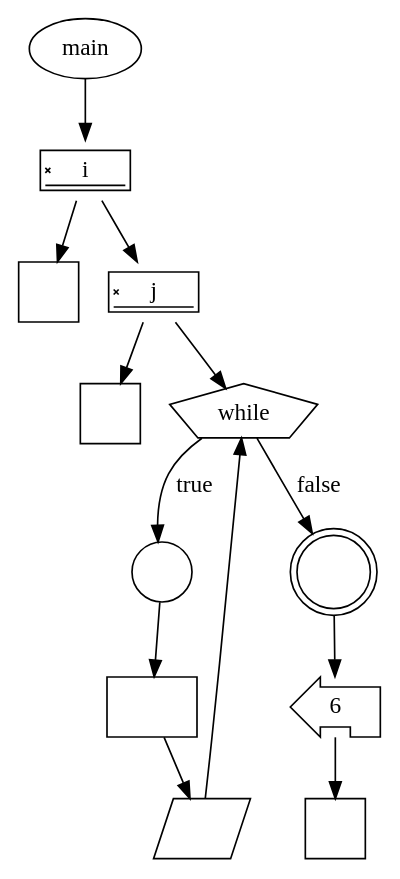
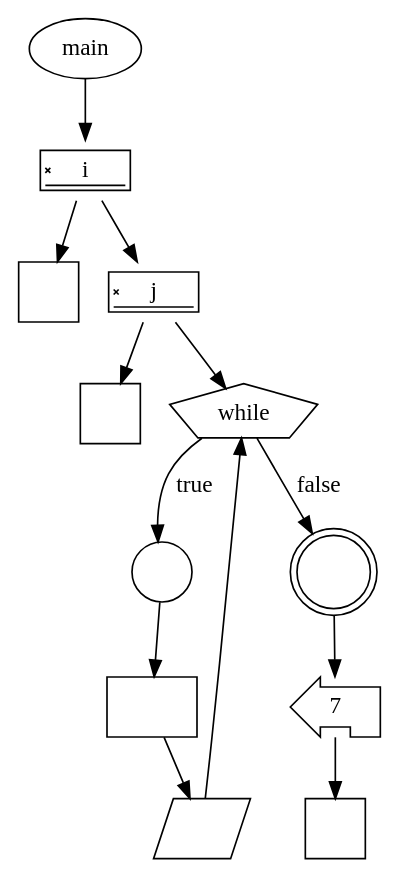
Before and after one commit to gakkungithub/rpg-aquatan-C: the diagram in data/whilestatement/whilestatement.dot, drawn with Graphviz. The commit also changed 37 other files, not shown here.

```diff
--- a/data/whilestatement/whilestatement.dot
+++ b/data/whilestatement/whilestatement.dot
@@ -1,80 +1,80 @@
 digraph {
 	graph [bb="0,0,213,497.5"];
 	node [label="\N"];
-	"b406628e-010c-490f-b378-746924802408"	[height=0.5,
+	"c4385c2e-0f57-49e7-8631-320467fc6848"	[height=0.5,
 		label=main,
 		pos="30,479.5",
 		shape=ellipse,
 		width=0.82932];
-	"54d9c362-839f-452f-9ce7-7a7731bcfcf9"	[height=0.5,
+	"34ea0ffe-2ab3-48a8-9123-25a42678329c"	[height=0.5,
 		label=i,
 		pos="30,406.5",
 		shape=signature,
 		width=0.75];
-	"b406628e-010c-490f-b378-746924802408" -> "54d9c362-839f-452f-9ce7-7a7731bcfcf9"	[pos="e,30,424.53 30,461.31 30,453.73 30,444.6 30,436.04"];
-	"a3cf2dc8-4b1f-41ad-9f9e-929b4c2292e7"	[height=0.5,
+	"c4385c2e-0f57-49e7-8631-320467fc6848" -> "34ea0ffe-2ab3-48a8-9123-25a42678329c"	[pos="e,30,424.53 30,461.31 30,453.73 30,444.6 30,436.04"];
+	"670c1cbc-0407-4736-930c-77f79d65daf2"	[height=0.5,
 		label="",
 		pos="18,333.5",
 		shape=square,
 		width=0.5];
-	"54d9c362-839f-452f-9ce7-7a7731bcfcf9" -> "a3cf2dc8-4b1f-41ad-9f9e-929b4c2292e7"	[pos="e,20.878,351.53 27.095,388.31 25.798,380.64 24.235,371.39 22.774,362.74"];
-	"ae6c86c1-93ef-4c92-9f00-0a0bee4c2ef6"	[height=0.5,
+	"34ea0ffe-2ab3-48a8-9123-25a42678329c" -> "670c1cbc-0407-4736-930c-77f79d65daf2"	[pos="e,20.878,351.53 27.095,388.31 25.798,380.64 24.235,371.39 22.774,362.74"];
+	"81e28ec5-7e16-4197-9ae4-318536037146"	[height=0.5,
 		label=j,
 		pos="81,333.5",
 		shape=signature,
 		width=0.75];
-	"54d9c362-839f-452f-9ce7-7a7731bcfcf9" -> "ae6c86c1-93ef-4c92-9f00-0a0bee4c2ef6"	[pos="e,68.768,351.53 42.346,388.31 48.297,380.03 55.564,369.91 62.185,360.69"];
-	"a520e626-8b51-42c8-b51a-a36ec61c23ae"	[height=0.5,
+	"34ea0ffe-2ab3-48a8-9123-25a42678329c" -> "81e28ec5-7e16-4197-9ae4-318536037146"	[pos="e,68.768,351.53 42.346,388.31 48.297,380.03 55.564,369.91 62.185,360.69"];
+	"04a93951-88ae-4d0a-96ce-7334e1b77fff"	[height=0.5,
 		label="",
 		pos="56,260.5",
 		shape=square,
 		width=0.5];
-	"ae6c86c1-93ef-4c92-9f00-0a0bee4c2ef6" -> "a520e626-8b51-42c8-b51a-a36ec61c23ae"	[pos="e,61.996,278.53 74.948,315.31 72.184,307.46 68.842,297.97 65.738,289.16"];
-	"7492dc09-13be-47ca-858a-d84e73b8de28"	[height=0.5,
+	"81e28ec5-7e16-4197-9ae4-318536037146" -> "04a93951-88ae-4d0a-96ce-7334e1b77fff"	[pos="e,61.996,278.53 74.948,315.31 72.184,307.46 68.842,297.97 65.738,289.16"];
+	"3980d9ba-6fd8-4f9b-98a3-6dc017ca222b"	[height=0.5,
 		label=while,
 		pos="131,260.5",
 		shape=pentagon,
 		width=1.0778];
-	"ae6c86c1-93ef-4c92-9f00-0a0bee4c2ef6" -> "7492dc09-13be-47ca-858a-d84e73b8de28"	[pos="e,121.02,275.67 93.104,315.31 99.52,306.2 107.5,294.87 114.47,284.97"];
-	"c47f9f2b-a629-471b-8796-ca155cad6fd5"	[height=0.5,
+	"81e28ec5-7e16-4197-9ae4-318536037146" -> "3980d9ba-6fd8-4f9b-98a3-6dc017ca222b"	[pos="e,121.02,275.67 93.104,315.31 99.52,306.2 107.5,294.87 114.47,284.97"];
+	"ffef514a-6310-447f-8abb-dcc65f834bdb"	[height=0.5,
 		label="",
 		pos="83,168",
 		shape=circle,
 		width=0.5];
-	"7492dc09-13be-47ca-858a-d84e73b8de28" -> "c47f9f2b-a629-471b-8796-ca155cad6fd5"	[label=true,
+	"3980d9ba-6fd8-4f9b-98a3-6dc017ca222b" -> "ffef514a-6310-447f-8abb-dcc65f834bdb"	[label=true,
 		lp="106.5,216.25",
 		pos="e,84.578,186.4 113.59,245.73 107.19,239.83 100.43,232.46 96,224.5 91.45,216.32 88.488,206.61 86.561,197.62"];
-	"ff5c59e1-1ae1-4d3f-9780-e6bceec1241b"	[height=0.61111,
+	"b87ccae5-fe71-49a8-98af-a33f43b2f952"	[height=0.61111,
 		label="",
 		pos="183,168",
 		shape=doublecircle,
 		width=0.61111];
-	"7492dc09-13be-47ca-858a-d84e73b8de28" -> "ff5c59e1-1ae1-4d3f-9780-e6bceec1241b"	[label=false,
+	"3980d9ba-6fd8-4f9b-98a3-6dc017ca222b" -> "b87ccae5-fe71-49a8-98af-a33f43b2f952"	[label=false,
 		lp="172.86,216.25",
 		pos="e,172.32,187.59 138.9,245.75 146.29,232.9 157.54,213.3 166.84,197.13"];
-	"1201543e-d3e3-4651-85ec-077909b07fca"	[height=0.5,
+	"decb717d-1b56-4079-b886-31cc2eefea1c"	[height=0.5,
 		label="",
 		pos="76,91",
 		shape=rect,
 		width=0.75];
-	"c47f9f2b-a629-471b-8796-ca155cad6fd5" -> "1201543e-d3e3-4651-85ec-077909b07fca"	[pos="e,77.615,109.3 81.376,149.6 80.572,140.99 79.581,130.37 78.669,120.6"];
-	"05968912-30b7-4ec8-bb30-7bbb1a079cb7"	[height=0.5,
+	"ffef514a-6310-447f-8abb-dcc65f834bdb" -> "decb717d-1b56-4079-b886-31cc2eefea1c"	[pos="e,77.615,109.3 81.376,149.6 80.572,140.99 79.581,130.37 78.669,120.6"];
+	"9ed2fe83-560c-4b67-a528-8d8be4ba45a6"	[height=0.5,
 		label="",
 		pos="107,18",
 		shape=parallelogram,
 		width=0.77756];
-	"1201543e-d3e3-4651-85ec-077909b07fca" -> "05968912-30b7-4ec8-bb30-7bbb1a079cb7"	[pos="e,99.565,36.029 83.504,72.813 86.969,64.877 91.169,55.259 95.053,46.362"];
-	"05968912-30b7-4ec8-bb30-7bbb1a079cb7" -> "7492dc09-13be-47ca-858a-d84e73b8de28"	[pos="e,129.61,245.53 108.75,36.489 112.93,78.468 123.57,185.08 128.47,234.11"];
-	"4efb4386-95c3-4fed-833e-2160862db3df"	[height=0.5,
-		label=6,
+	"decb717d-1b56-4079-b886-31cc2eefea1c" -> "9ed2fe83-560c-4b67-a528-8d8be4ba45a6"	[pos="e,99.565,36.029 83.504,72.813 86.969,64.877 91.169,55.259 95.053,46.362"];
+	"9ed2fe83-560c-4b67-a528-8d8be4ba45a6" -> "3980d9ba-6fd8-4f9b-98a3-6dc017ca222b"	[pos="e,129.61,245.53 108.75,36.489 112.93,78.468 123.57,185.08 128.47,234.11"];
+	"55252e1e-8a3e-474e-8ed6-d0808f4d3f6b"	[height=0.5,
+		label=7,
 		pos="186,91",
 		shape=lpromoter,
 		width=0.75];
-	"ff5c59e1-1ae1-4d3f-9780-e6bceec1241b" -> "4efb4386-95c3-4fed-833e-2160862db3df"	[pos="e,185.32,109.06 183.85,145.71 184.17,137.82 184.53,128.75 184.87,120.33"];
-	"65e37c01-2f66-404d-a261-71b178ace7b4"	[height=0.5,
+	"b87ccae5-fe71-49a8-98af-a33f43b2f952" -> "55252e1e-8a3e-474e-8ed6-d0808f4d3f6b"	[pos="e,185.32,109.06 183.85,145.71 184.17,137.82 184.53,128.75 184.87,120.33"];
+	"84711b9c-2599-4b4a-b871-1d946e6c8257"	[height=0.5,
 		label="",
 		pos="186,18",
 		shape=square,
 		width=0.5];
-	"4efb4386-95c3-4fed-833e-2160862db3df" -> "65e37c01-2f66-404d-a261-71b178ace7b4"	[pos="e,186,36.029 186,72.813 186,65.226 186,56.101 186,47.539"];
+	"55252e1e-8a3e-474e-8ed6-d0808f4d3f6b" -> "84711b9c-2599-4b4a-b871-1d946e6c8257"	[pos="e,186,36.029 186,72.813 186,65.226 186,56.101 186,47.539"];
 }
```
